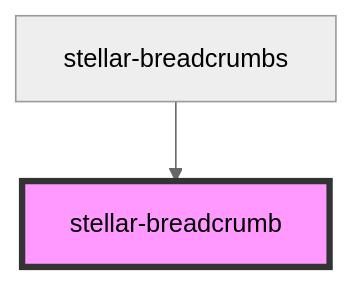
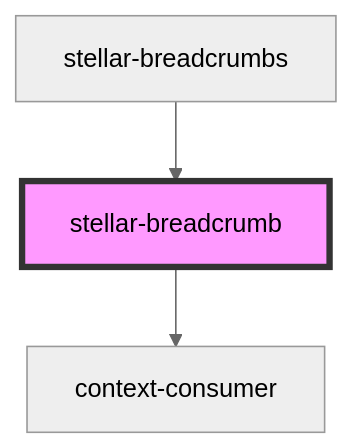
One commit to splitinfinities/Stellar changed the diagram in src/components/ui/breadcrumb/readme.md. Above: the diagram before and after it, drawn with Mermaid (neutral theme). The commit also changed other lines of this file and 44 other files, not shown here.

````diff
--- a/src/components/ui/breadcrumb/readme.md
+++ b/src/components/ui/breadcrumb/readme.md
@@ -29,5 +34,6 @@
 ```mermaid
 graph TD;
+  stellar-breadcrumb --> context-consumer
   stellar-breadcrumbs --> stellar-breadcrumb
   style stellar-breadcrumb fill:#f9f,stroke:#333,stroke-width:4px
 ```
````
